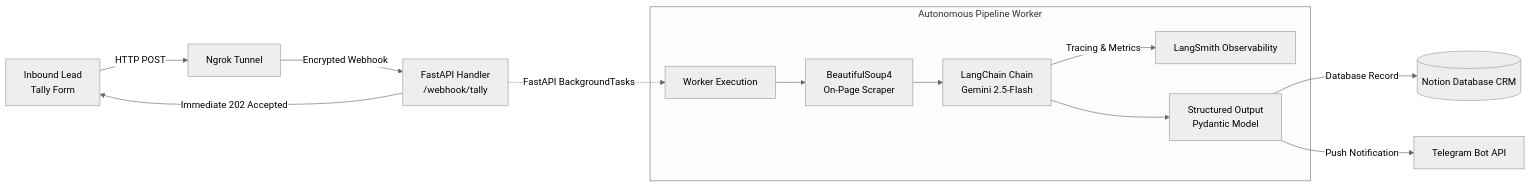
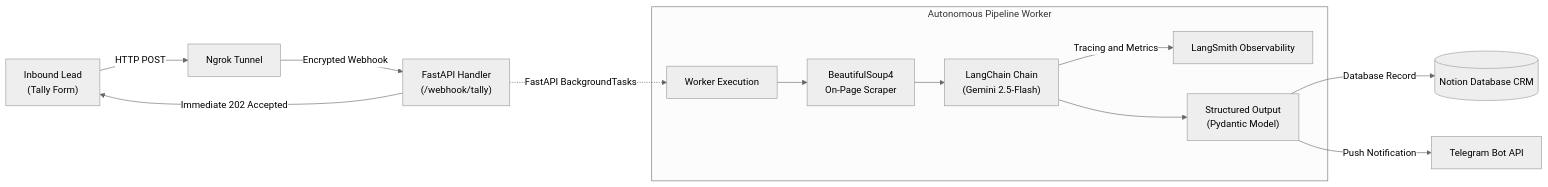
The diagram in README.md (FauzanV/ai-seo-automation-engine), drawn with Mermaid (neutral theme) before and after one commit.

Commit message:
fix: resolve mermaid syntax error in README diagram

````diff
--- a/README.md
+++ b/README.md
@@ -11,17 +11,17 @@
 ```mermaid
 flowchart LR
-    A[Inbound Lead<br/>Tally Form] -->|HTTP POST| B[Ngrok Tunnel]
-    B -->|Encrypted Webhook| C[FastAPI Handler<br/>/webhook/tally]
+    A["Inbound Lead<br/>(Tally Form)"] -->|HTTP POST| B["Ngrok Tunnel"]
+    B -->|Encrypted Webhook| C["FastAPI Handler<br/>(/webhook/tally)"]
     C -->|Immediate 202 Accepted| A
-    C -.->|FastAPI BackgroundTasks| D[Worker Execution]
-    
-    subgraph Pipeline [Autonomous Pipeline Worker]
-        D --> E[BeautifulSoup4<br/>On-Page Scraper]
-        E --> F[LangChain Chain<br/>Gemini 2.5-Flash]
-        F -->|Tracing & Metrics| G[LangSmith Observability]
-        F --> H[Structured Output<br/>Pydantic Model]
+    C -. "FastAPI BackgroundTasks" .-> D["Worker Execution"]
+
+    subgraph Pipeline ["Autonomous Pipeline Worker"]
+        D --> E["BeautifulSoup4<br/>On-Page Scraper"]
+        E --> F["LangChain Chain<br/>(Gemini 2.5-Flash)"]
+        F -->|"Tracing and Metrics"| G["LangSmith Observability"]
+        F --> H["Structured Output<br/>(Pydantic Model)"]
     end
 
-    H -->|Database Record| I[(Notion Database CRM)]
-    H -->|Push Notification| J[Telegram Bot API]
+    H -->|Database Record| I[("Notion Database CRM")]
+    H -->|Push Notification| J["Telegram Bot API"]
 ```
````
